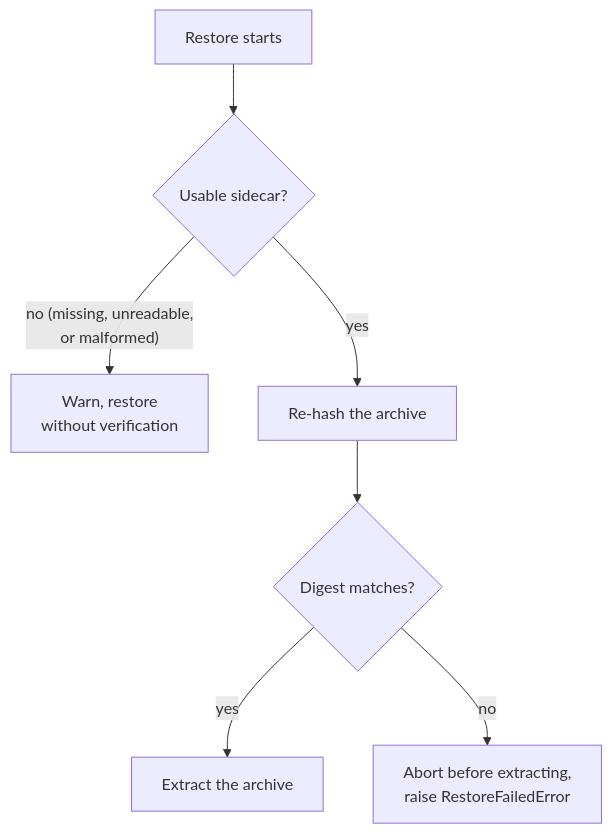
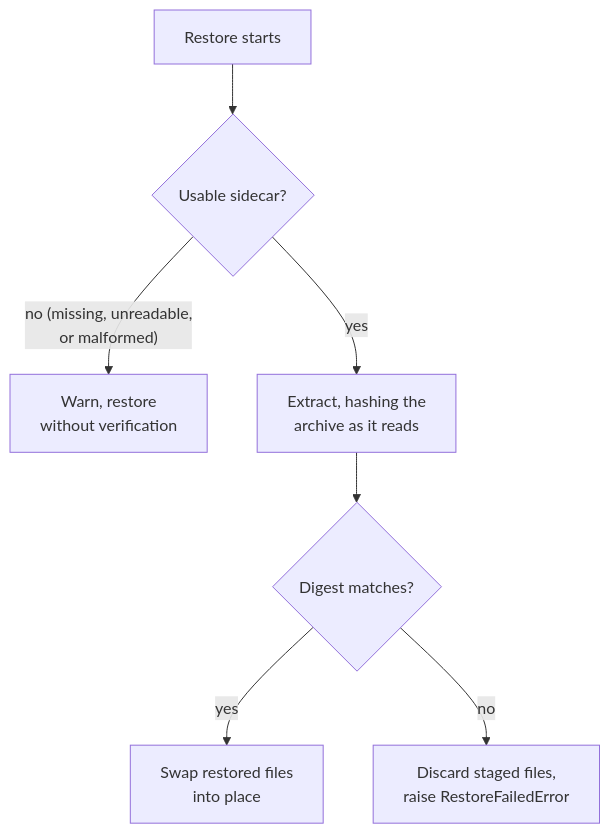
Before and after one commit to natelandau/ezbak: the diagram in docs/concepts/checksums.md, drawn with Mermaid. The commit also changed other lines of this file and 9 other files, not shown here.

First line of the commit message:
perf(checksums): hash archive in one read pass (#63)

````diff
--- a/docs/concepts/checksums.md
+++ b/docs/concepts/checksums.md
@@ -59,9 +61,9 @@
 ```mermaid
 graph TD
   R["Restore starts"] --> Q{"Usable sidecar?"}
   Q -->|"no (missing, unreadable,<br/>or malformed)"| W["Warn, restore<br/>without verification"]
-  Q -->|yes| H["Re-hash the archive"]
+  Q -->|yes| H["Extract, hashing the<br/>archive as it reads"]
   H --> C{"Digest matches?"}
-  C -->|yes| OK["Extract the archive"]
-  C -->|no| F["Abort before extracting,<br/>raise RestoreFailedError"]
+  C -->|yes| OK["Swap restored files<br/>into place"]
+  C -->|no| F["Discard staged files,<br/>raise RestoreFailedError"]
 ```
````
